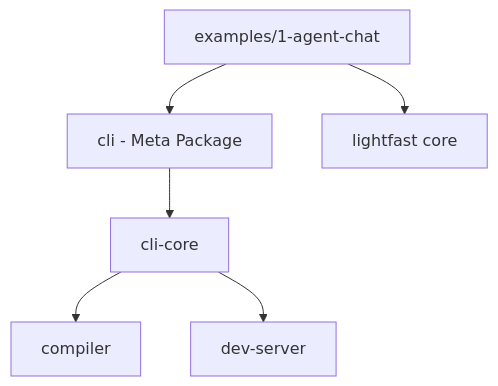
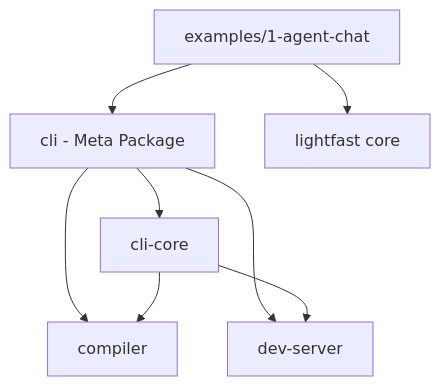
The diagram in core/CLAUDE.md (lightfastai/lightfast), drawn with Mermaid before and after one commit. The commit also changed other lines of this file, not shown here.

First line of the commit message:
fix(docs): correct CLI architecture documentation inaccuracies

````diff
--- a/core/CLAUDE.md
+++ b/core/CLAUDE.md
@@ -19,9 +19,11 @@
-```mermaid
+```mermaid  
 graph TD
     A[cli - Meta Package] --> B[cli-core]
-    B --> C[compiler]
-    B --> D[dev-server]
+    A --> C[compiler]
+    A --> D[dev-server]
+    B --> C
+    B --> D
     
     E[examples/1-agent-chat] --> A
     E --> F[lightfast core]
 ```
````
